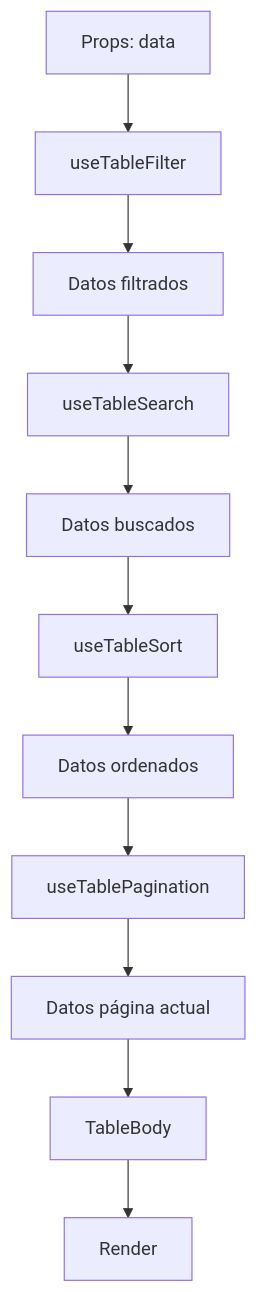
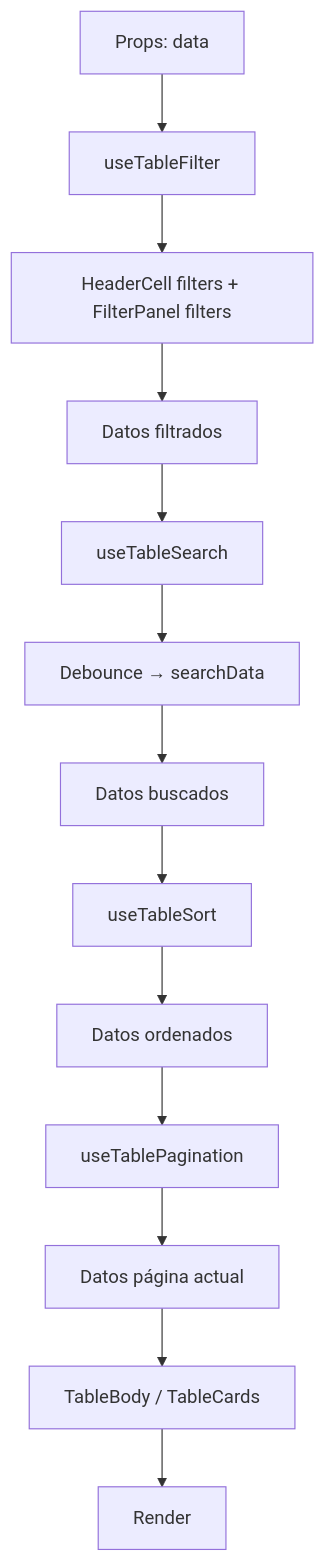
Diagram 19 of 26 in better-table/docs/interaction-flows.md (jrodrigopuca/BetterTable), drawn with Mermaid before and after one commit. The commit also changed other lines of this file and 13 other files, not shown here.

````diff
--- a/better-table/docs/interaction-flows.md
+++ b/better-table/docs/interaction-flows.md
@@ -396,13 +518,15 @@
 ```mermaid
 graph TD
     A[Props: data] --> B[useTableFilter]
-    B --> C[Datos filtrados]
+    B --> B2[HeaderCell filters + FilterPanel filters]
+    B2 --> C[Datos filtrados]
     C --> D[useTableSearch]
-    D --> E[Datos buscados]
+    D --> D2[Debounce → searchData]
+    D2 --> E[Datos buscados]
     E --> F[useTableSort]
     F --> G[Datos ordenados]
     G --> H[useTablePagination]
     H --> I[Datos página actual]
-    I --> J[TableBody]
+    I --> J[TableBody / TableCards]
     J --> K[Render]
 ```
````
